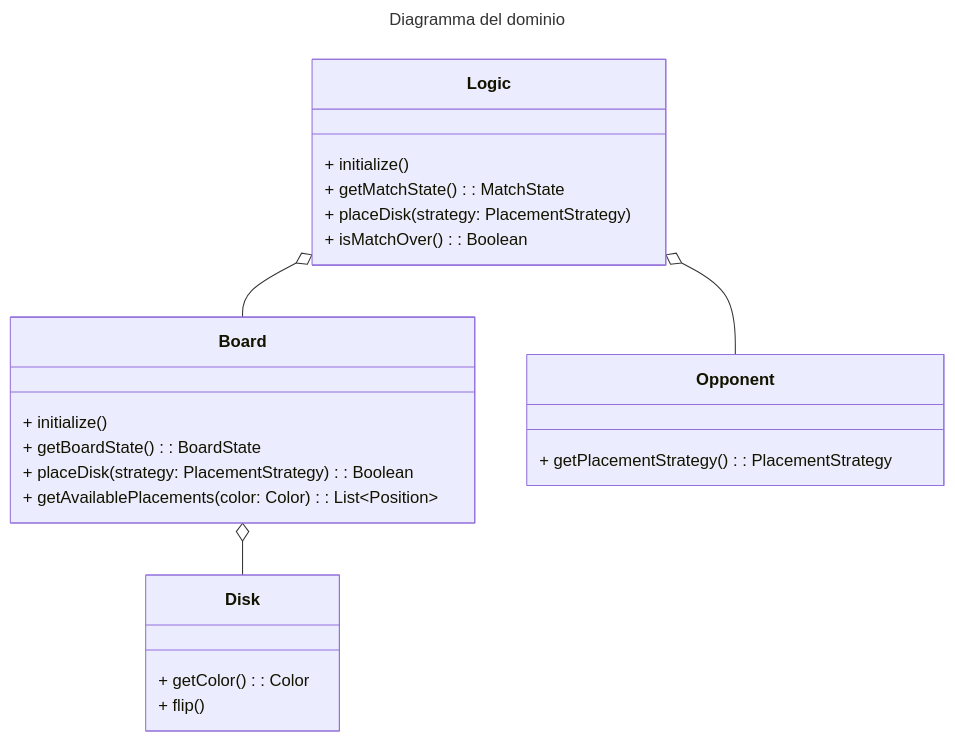
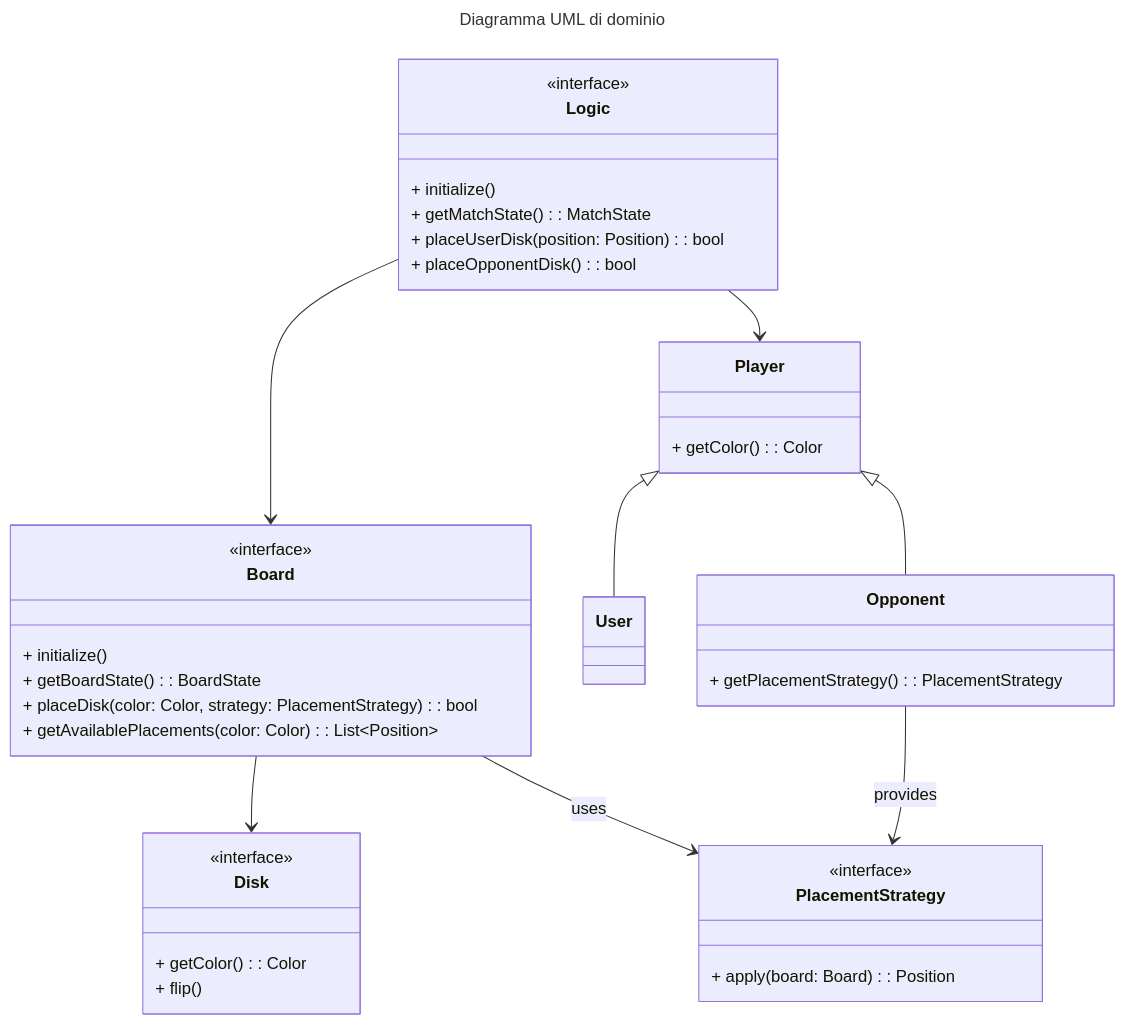
The diagram in docs/report/3-requirements.md (Borgotto/PPS-25-scalatello), drawn with Mermaid before and after one commit. The commit also changed 2 other files, not shown here.

Commit message:
update domain and design diagrams

````diff
--- a/docs/report/3-requirements.md
+++ b/docs/report/3-requirements.md
@@ -26,29 +26,46 @@
 ```mermaid
 ---
-title: Diagramma del dominio
+title: Diagramma UML di dominio
 ---
 classDiagram
   class Logic {
+    <<interface>>
     + initialize()
     + getMatchState(): MatchState
-    + placeDisk(strategy: PlacementStrategy)
-    + isMatchOver(): Boolean
+    + placeUserDisk(position: Position): bool
+    + placeOpponentDisk(): bool
   } 
   class Board {
+    <<interface>>
     + initialize()
     + getBoardState(): BoardState
-    + placeDisk(strategy: PlacementStrategy): Boolean
+    + placeDisk(color: Color, strategy: PlacementStrategy): bool
     + getAvailablePlacements(color: Color): List~Position~
   }
   class Disk {
+    <<interface>>
     + getColor(): Color
     + flip()
+  }
+  class Player {
+    + getColor(): Color
   }
   class Opponent {
     + getPlacementStrategy(): PlacementStrategy
   }
+  class PlacementStrategy {
+    <<interface>>
+    + apply(board: Board): Position
+  }
 
-  Logic o-- Board
-  Logic o-- Opponent
-  Board o-- Disk
+  Logic --> Board
+  Logic --> Player
+
+  Player <|-- User
+  Player <|-- Opponent
+
+  Opponent --> PlacementStrategy : provides
+
+  Board --> Disk
+  Board --> PlacementStrategy: uses
 ```
````
